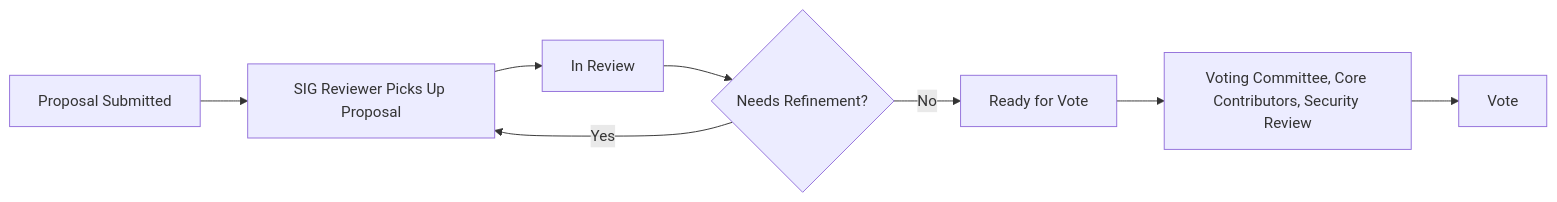
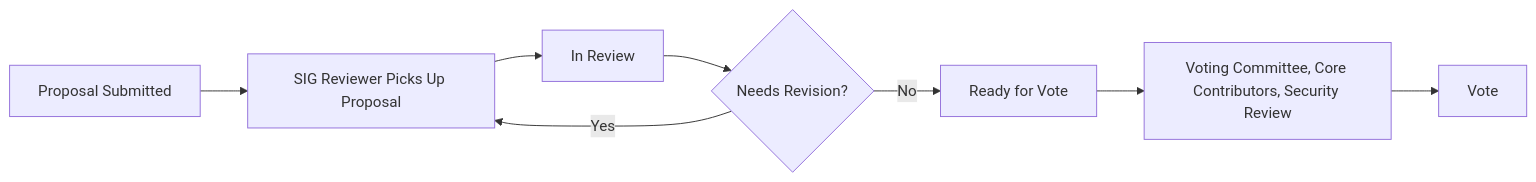
One commit to canton-foundation/canton-dev-fund changed the diagram in Development Fund Proposal Review Process.md. Above: the diagram before and after it, drawn with Mermaid. The commit also changed other lines of this file, not shown here.

````diff
--- a/Development Fund Proposal Review Process.md
+++ b/Development Fund Proposal Review Process.md
@@ -166,10 +163,10 @@
 ```mermaid
 flowchart LR
     A[Proposal Submitted] --> B[SIG Reviewer Picks Up Proposal]
     B --> C[In Review]
-    C --> D{Needs Refinement?}
+    C --> D{Needs Revision?}
     D -->|Yes| B
     D -->|No| E[Ready for Vote]
     E --> F[Voting Committee, Core Contributors, Security Review]
     F --> G[Vote]
 ```   
````
